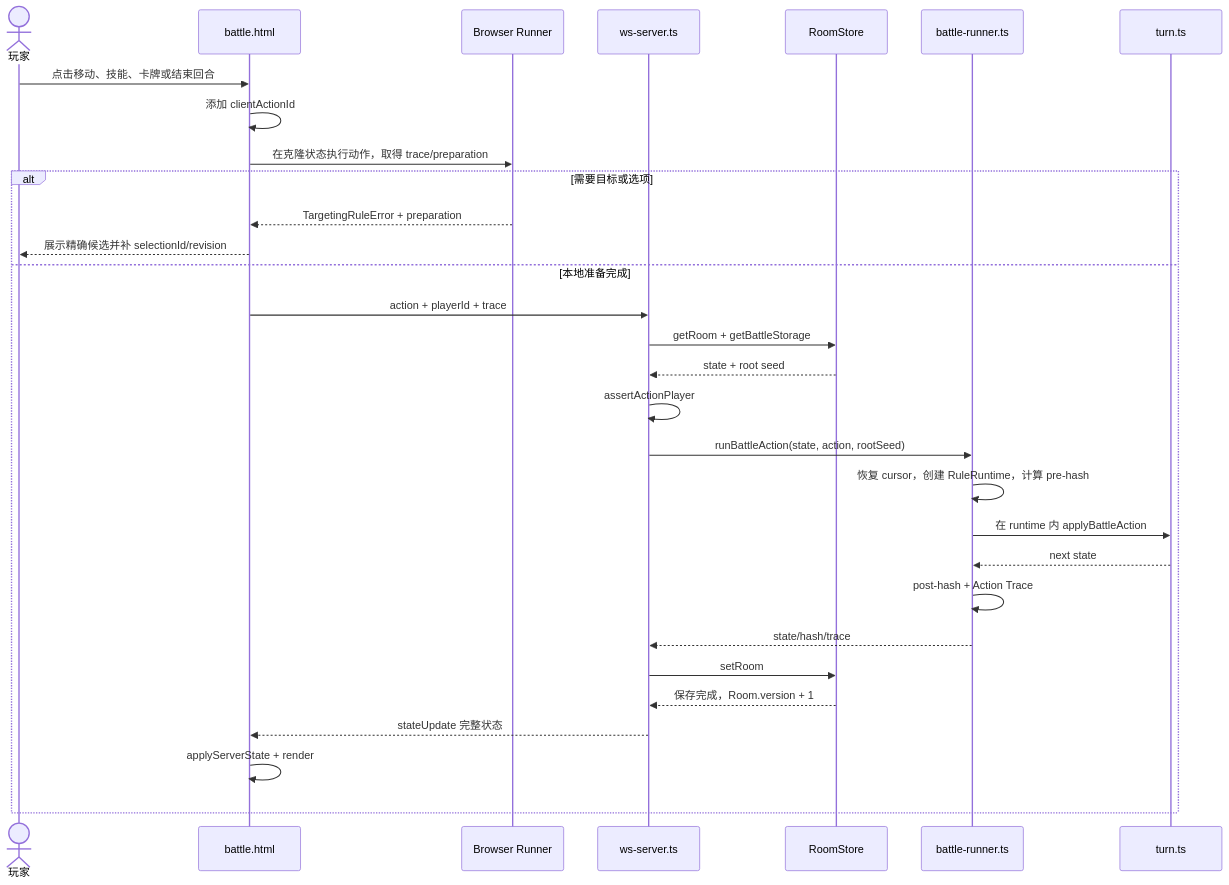
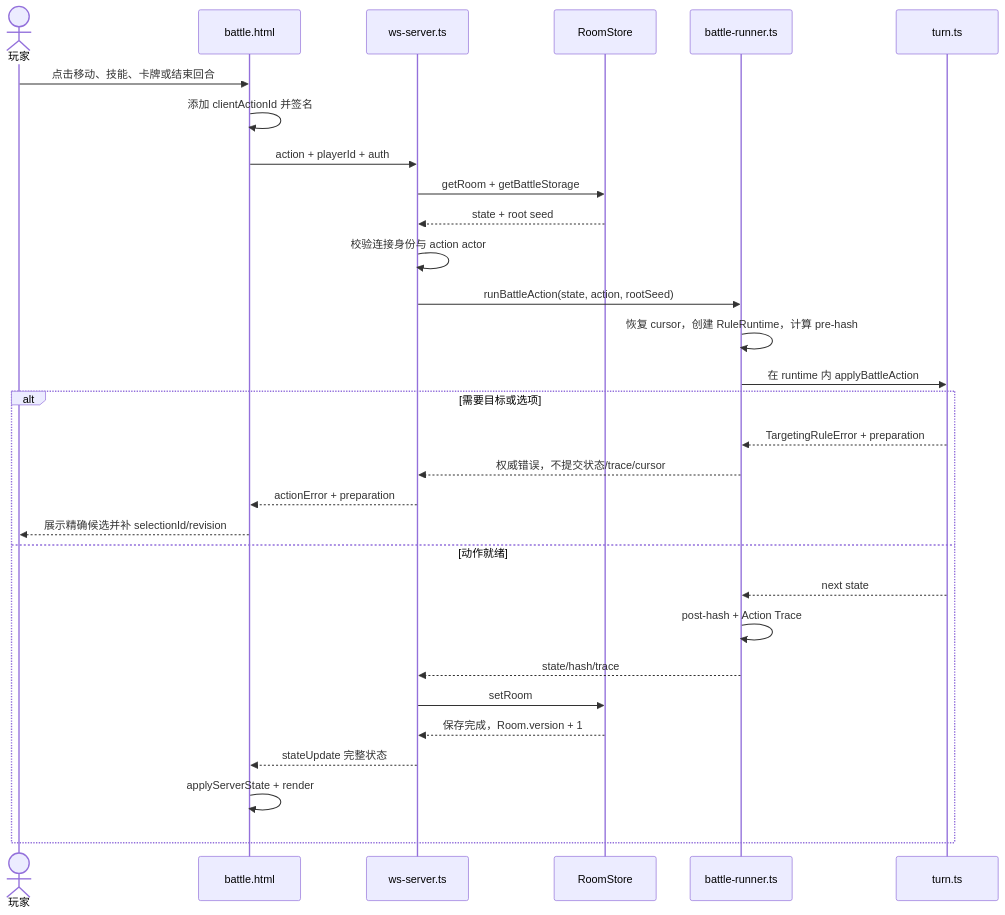
The third of 5 diagrams in docs/technical/GAME_LOGIC_SYSTEM.md (longaadream/Red_VS_Blue), drawn with Mermaid before and after one commit. The commit also changed other lines of this file and 1 other file, not shown here.

Commit message:
docs(RED-31): update authoritative action flow

````diff
--- a/docs/technical/GAME_LOGIC_SYSTEM.md
+++ b/docs/technical/GAME_LOGIC_SYSTEM.md
@@ -375,33 +376,33 @@
 ```mermaid
 sequenceDiagram
   actor Player as 玩家
   participant UI as battle.html
-  participant Browser as Browser Runner
   participant WS as ws-server.ts
   participant Store as RoomStore
   participant Runner as battle-runner.ts
   participant Reducer as turn.ts
 
   Player->>UI: 点击移动、技能、卡牌或结束回合
-  UI->>UI: 添加 clientActionId
-  UI->>Browser: 在克隆状态执行动作，取得 trace/preparation
+  UI->>UI: 添加 clientActionId 并签名
+  UI->>WS: action + playerId + auth
+  WS->>Store: getRoom + getBattleStorage
+  Store-->>WS: state + root seed
+  WS->>WS: 校验连接身份与 action actor
+  WS->>Runner: runBattleAction(state, action, rootSeed)
+  Runner->>Runner: 恢复 cursor，创建 RuleRuntime，计算 pre-hash
+  Runner->>Reducer: 在 runtime 内 applyBattleAction
   alt 需要目标或选项
-    Browser-->>UI: TargetingRuleError + preparation
+    Reducer-->>Runner: TargetingRuleError + preparation
+    Runner-->>WS: 权威错误，不提交状态/trace/cursor
+    WS-->>UI: actionError + preparation
     UI-->>Player: 展示精确候选并补 selectionId/revision
-  else 本地准备完成
-    UI->>WS: action + playerId + trace
-    WS->>Store: getRoom + getBattleStorage
-    Store-->>WS: state + root seed
-    WS->>WS: assertActionPlayer
-    WS->>Runner: runBattleAction(state, action, rootSeed)
-    Runner->>Runner: 恢复 cursor，创建 RuleRuntime，计算 pre-hash
-    Runner->>Reducer: 在 runtime 内 applyBattleAction
+  else 动作就绪
     Reducer-->>Runner: next state
     Runner->>Runner: post-hash + Action Trace
     Runner-->>WS: state/hash/trace
     WS->>Store: setRoom
     Store-->>WS: 保存完成，Room.version + 1
     WS-->>UI: stateUpdate 完整状态
     UI->>UI: applyServerState + render
   end
 ```
````
